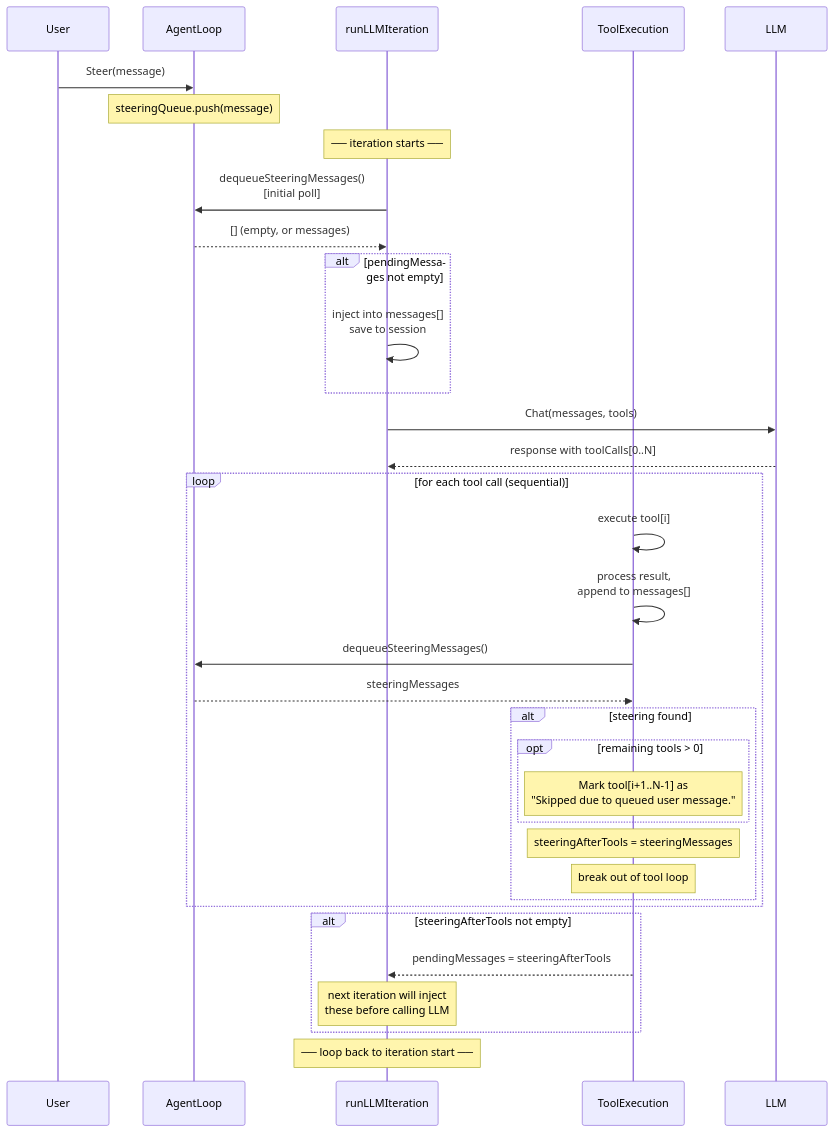
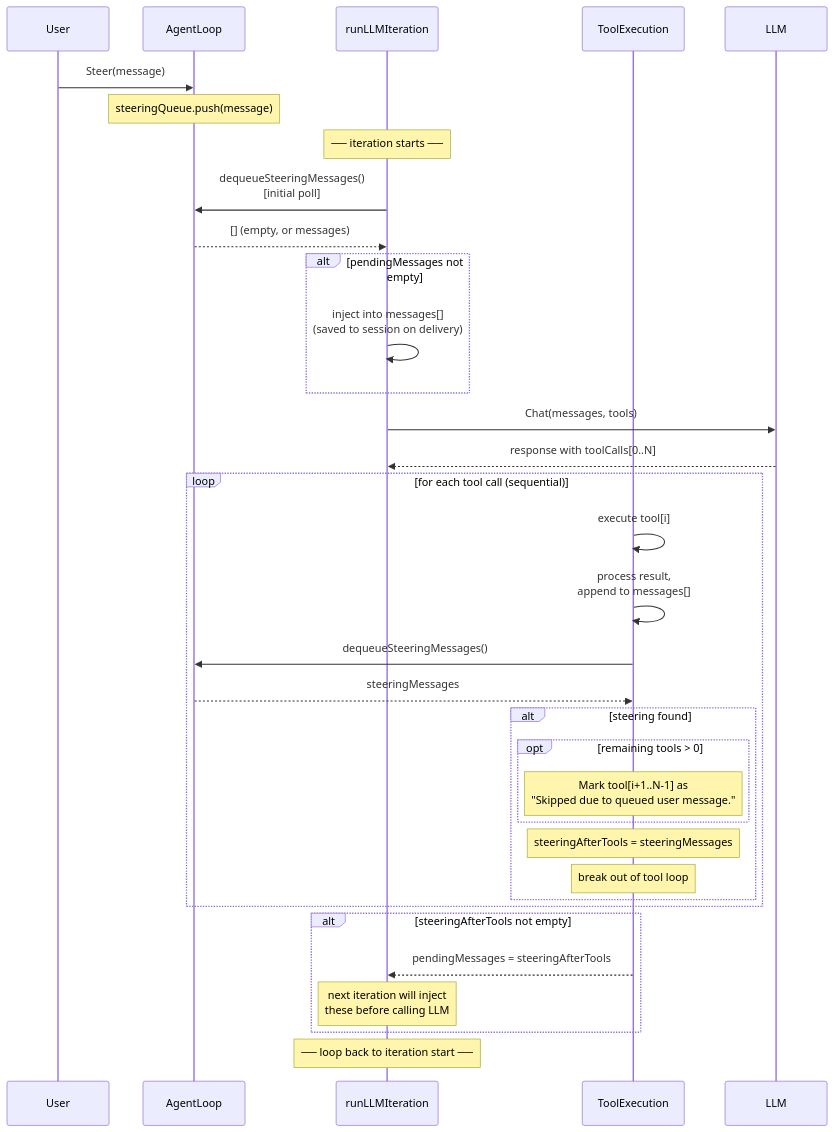
One commit to dimonb/picoclaw changed the third of 4 diagrams in docs/design/steering-spec.md. Above: the diagram before and after it, drawn with Mermaid. The commit also changed other lines of this file and 2 other files, not shown here.

````diff
--- a/docs/design/steering-spec.md
+++ b/docs/design/steering-spec.md
@@ -145,46 +145,46 @@
 ```mermaid
 sequenceDiagram
     participant User
     participant AgentLoop
     participant runLLMIteration
     participant ToolExecution
     participant LLM
 
     User->>AgentLoop: Steer(message)
     Note over AgentLoop: steeringQueue.push(message)
 
     Note over runLLMIteration: ── iteration starts ──
 
     runLLMIteration->>AgentLoop: dequeueSteeringMessages()<br/>[initial poll]
     AgentLoop-->>runLLMIteration: [] (empty, or messages)
 
     alt pendingMessages not empty
-        runLLMIteration->>runLLMIteration: inject into messages[]<br/>save to session
+        runLLMIteration->>runLLMIteration: inject into messages[]<br/>(saved to session on delivery)
     end
 
     runLLMIteration->>LLM: Chat(messages, tools)
     LLM-->>runLLMIteration: response with toolCalls[0..N]
 
     loop for each tool call (sequential)
         ToolExecution->>ToolExecution: execute tool[i]
         ToolExecution->>ToolExecution: process result,<br/>append to messages[]
 
         ToolExecution->>AgentLoop: dequeueSteeringMessages()
         AgentLoop-->>ToolExecution: steeringMessages
 
         alt steering found
             opt remaining tools > 0
                 Note over ToolExecution: Mark tool[i+1..N-1] as<br/>"Skipped due to queued user message."
             end
             Note over ToolExecution: steeringAfterTools = steeringMessages
             Note over ToolExecution: break out of tool loop
         end
     end
 
     alt steeringAfterTools not empty
         ToolExecution-->>runLLMIteration: pendingMessages = steeringAfterTools
         Note over runLLMIteration: next iteration will inject<br/>these before calling LLM
     end
 
     Note over runLLMIteration: ── loop back to iteration start ──
 ```
````
